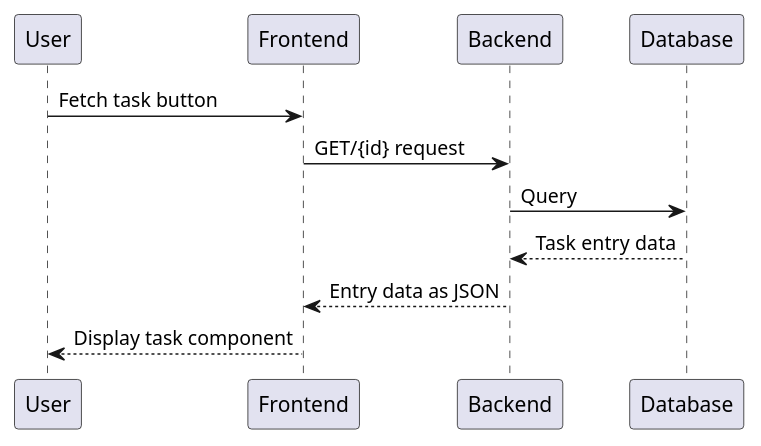
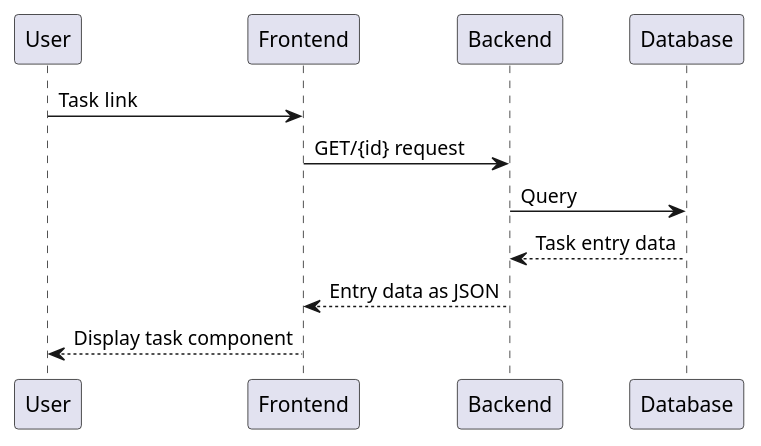
Before and after one commit to Toby-Rea/planner: the fourth of 18 diagrams in docs/Sequences.puml, drawn with PlantUML. The commit also changed other lines of this file, not shown here.

Commit message:
skeletoning for remaining sequences

```diff
--- a/docs/Sequences.puml
+++ b/docs/Sequences.puml
@@ -38,14 +38,13 @@
-@startuml Fetch Single Task
+@startuml Fetch single Task
 participant User as u
 participant Frontend as fe
 participant Backend as be
 participant Database as db
 
-
-u -> fe: Fetch task button
+u -> fe: Task link
 fe -> be: GET/{id} request
 be -> db: Query
 be <-- db: Task entry data
 fe <-- be: Entry data as JSON
 u <-- fe: Display task component
 @enduml
```
